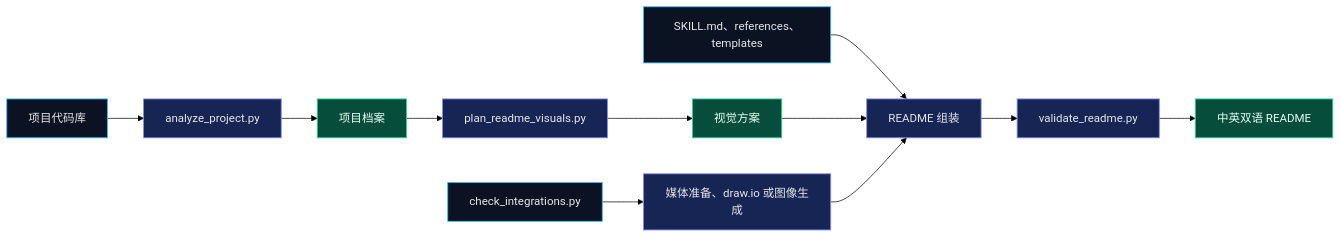
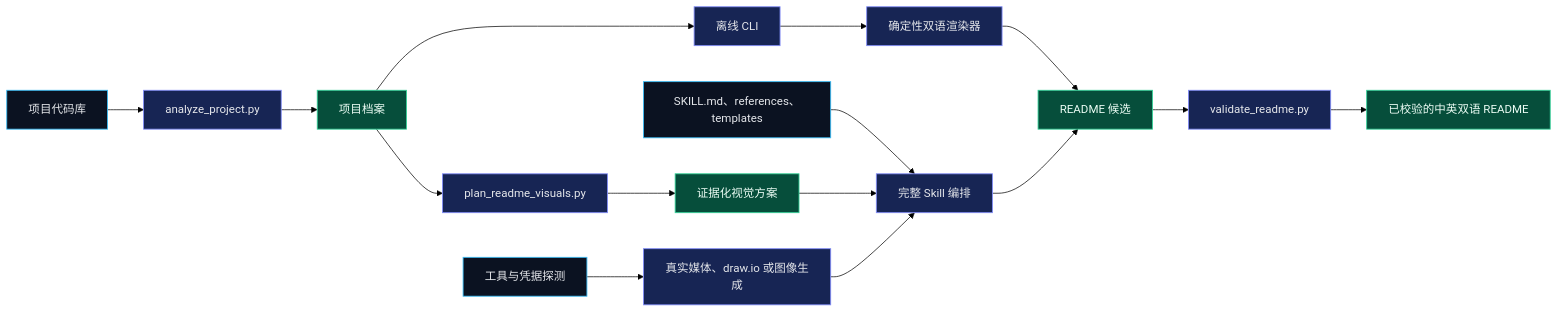
Before and after one commit to ChrysFu-FndVent/readme-architect: the second of 4 diagrams in README.md, drawn with Mermaid (forest theme). The commit also changed other lines of this file and 20 other files, not shown here.

````diff
--- a/README.md
+++ b/README.md
@@ -139,19 +143,23 @@
 ```mermaid
 flowchart LR
     A[项目代码库] --> B[analyze_project.py]
     B --> C[项目档案]
-    C --> D[plan_readme_visuals.py]
-    D --> E[视觉方案]
-    F[SKILL.md、references、templates] --> H[README 组装]
-    E --> H
-    I[check_integrations.py] --> J[媒体准备、draw.io 或图像生成]
-    J --> H
-    H --> K[validate_readme.py]
-    K --> L[中英双语 README]
+    C --> D[离线 CLI]
+    D --> E[确定性双语渲染器]
+    C --> F[plan_readme_visuals.py]
+    F --> G[证据化视觉方案]
+    H[SKILL.md、references、templates] --> I[完整 Skill 编排]
+    G --> I
+    J[工具与凭据探测] --> K[真实媒体、draw.io 或图像生成]
+    K --> I
+    E --> L[README 候选]
+    I --> L
+    L --> M[validate_readme.py]
+    M --> N[已校验的中英双语 README]
     classDef source fill:#0B1221,stroke:#38BDF8,stroke-width:1.2px,color:#E5E7EB;
     classDef process fill:#172554,stroke:#818CF8,stroke-width:1.2px,color:#E5E7EB;
     classDef output fill:#064E3B,stroke:#34D399,stroke-width:1.2px,color:#ECFDF5;
-    class A,F,I source;
-    class B,D,H,J,K process;
-    class C,E,L output;
+    class A,H,J source;
+    class B,D,E,F,I,K,M process;
+    class C,G,L,N output;
 ```
````
